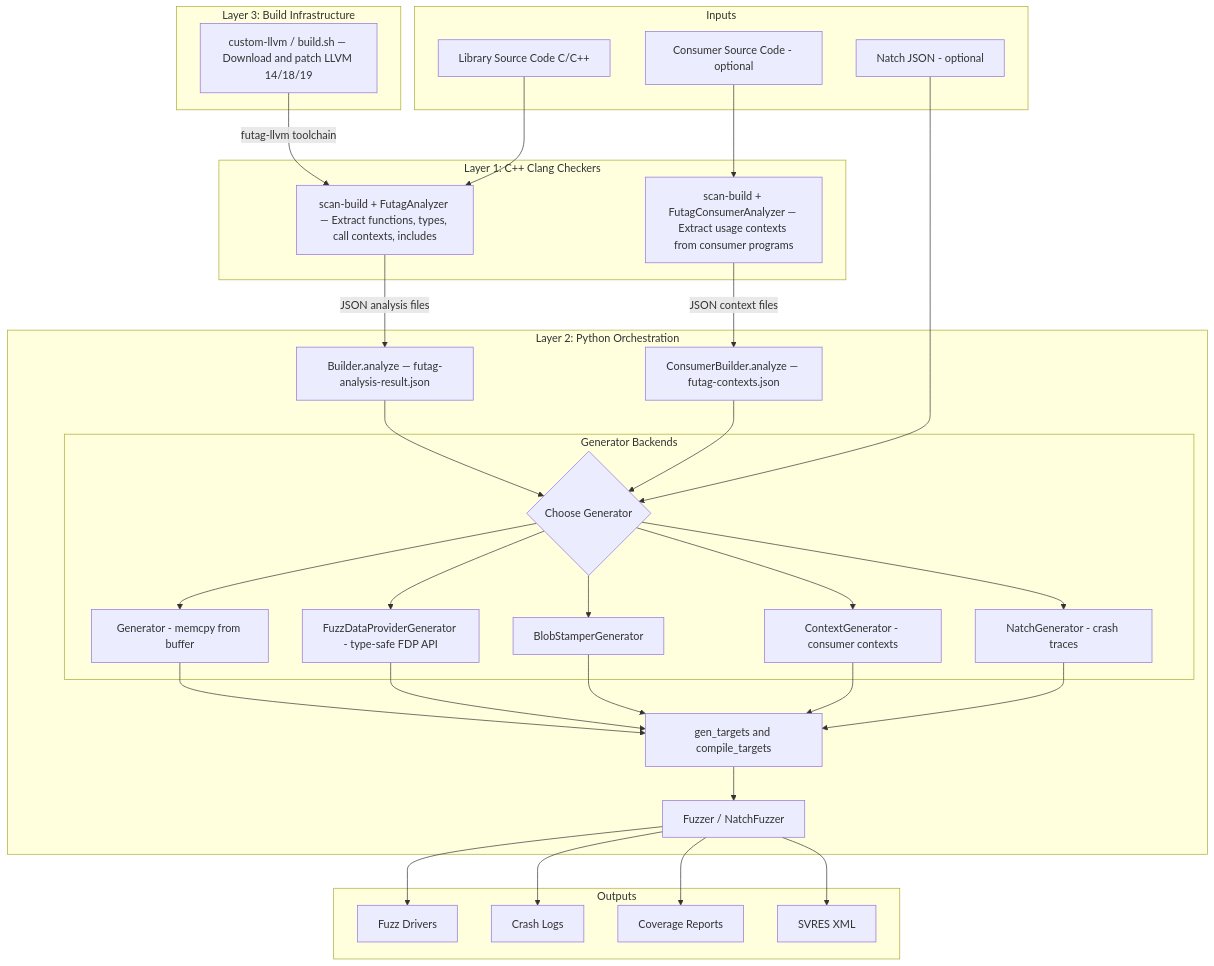
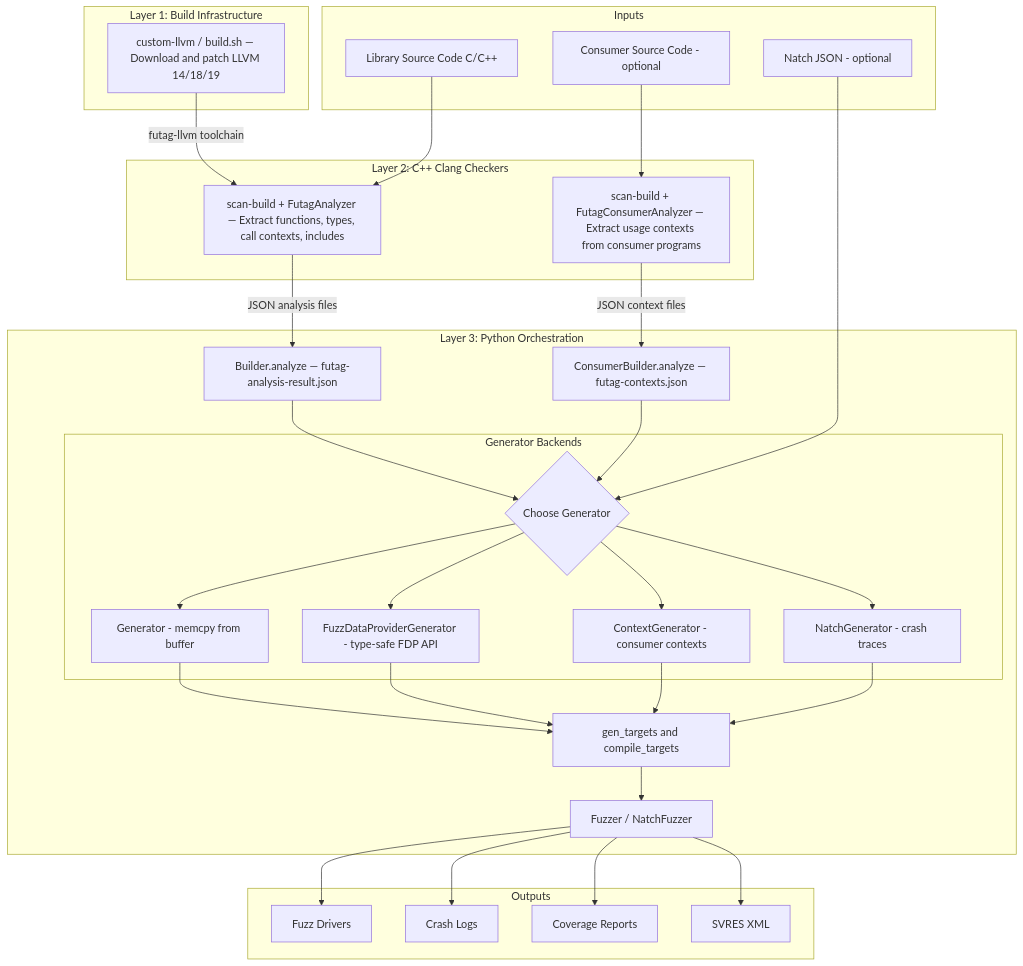
Before and after one commit to ispras/Futag: the diagram in README.en.md, drawn with Mermaid. The commit also changed 1 other file, not shown here.

Commit message:
docs: update layer numbering in build infrastructure and orchestration sections of README

````diff
--- a/README.en.md
+++ b/README.en.md
@@ -36,54 +36,53 @@
 ```mermaid
 graph TD
     subgraph Inputs
         A["Library Source Code C/C++"]
         B["Consumer Source Code - optional"]
         C["Natch JSON - optional"]
     end
 
-    subgraph "Layer 3: Build Infrastructure"
+    subgraph "Layer 1: Build Infrastructure"
         D["custom-llvm / build.sh — Download and patch LLVM 14/18/19"]
     end
 
     D -->|"futag-llvm toolchain"| E
 
-    subgraph "Layer 1: C++ Clang Checkers"
+    subgraph "Layer 2: C++ Clang Checkers"
         E["scan-build + FutagAnalyzer — Extract functions, types, call contexts, includes"]
         F["scan-build + FutagConsumerAnalyzer — Extract usage contexts from consumer programs"]
     end
 
     A --> E
     B --> F
     E -->|"JSON analysis files"| G
     F -->|"JSON context files"| H
 
-    subgraph "Layer 2: Python Orchestration"
+    subgraph "Layer 3: Python Orchestration"
         G["Builder.analyze — futag-analysis-result.json"]
         H["ConsumerBuilder.analyze — futag-contexts.json"]
 
         G --> I
         H --> I
         C --> I
 
         subgraph "Generator Backends"
             I{"Choose Generator"}
             I --> J1["Generator - memcpy from buffer"]
             I --> J2["FuzzDataProviderGenerator - type-safe FDP API"]
-            I --> J3["BlobStamperGenerator"]
-            I --> J4["ContextGenerator - consumer contexts"]
-            I --> J5["NatchGenerator - crash traces"]
+            I --> J3["ContextGenerator - consumer contexts"]
+            I --> J4["NatchGenerator - crash traces"]
         end
 
-        J1 & J2 & J3 & J4 & J5 --> K["gen_targets and compile_targets"]
+        J1 & J2 & J3 & J4  --> K["gen_targets and compile_targets"]
         K --> L["Fuzzer / NatchFuzzer"]
     end
 
     subgraph Outputs
         M["Fuzz Drivers"]
         N["Crash Logs"]
         O["Coverage Reports"]
         P["SVRES XML"]
     end
 
     L --> M & N & O & P
 ```
````
